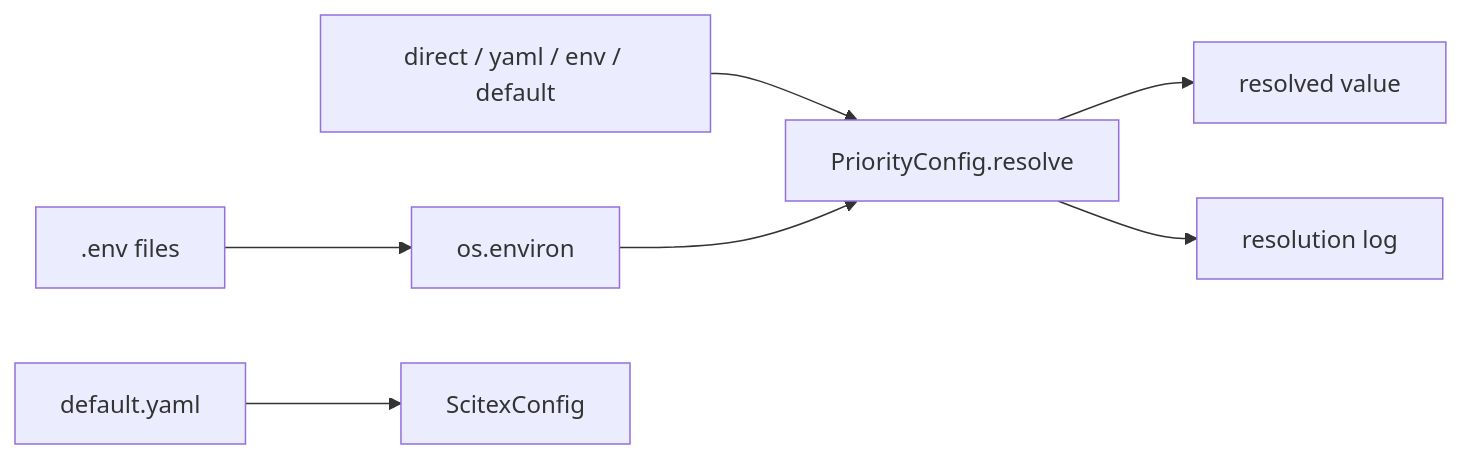
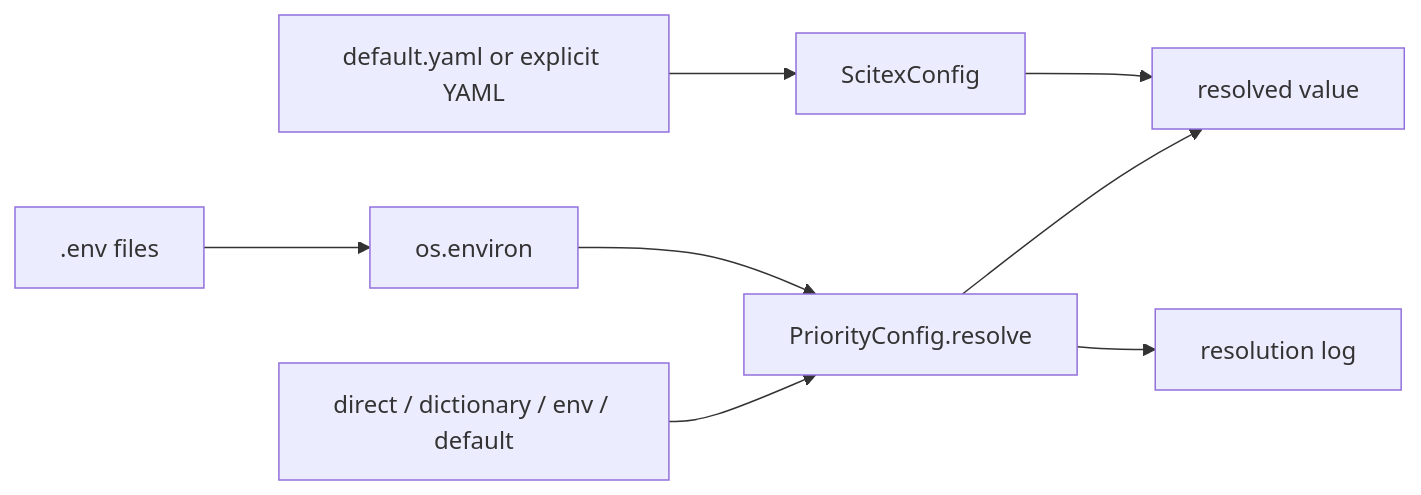
The second of 2 diagrams in README.md (scitex-ai/scitex-config), drawn with Mermaid before and after one commit. The commit also changed other lines of this file and 5 other files, not shown here.

Commit message:
fix(config): bound PyYAML and correct documented configuration APIs

````diff
--- a/README.md
+++ b/README.md
@@ -88,9 +88,10 @@
 ```mermaid
 flowchart LR
-    SRC[direct / yaml / env / default] --> PC[PriorityConfig.resolve]
+    SRC[direct / dictionary / env / default] --> PC[PriorityConfig.resolve]
     PC --> VAL[resolved value]
     PC --> LOG[resolution log]
     ENV[.env files] --> OSenv[os.environ]
     OSenv --> PC
-    YAML[default.yaml] --> SC[ScitexConfig]
+    YAML[default.yaml or explicit YAML] --> SC[ScitexConfig]
+    SC --> VAL
 ```
````
